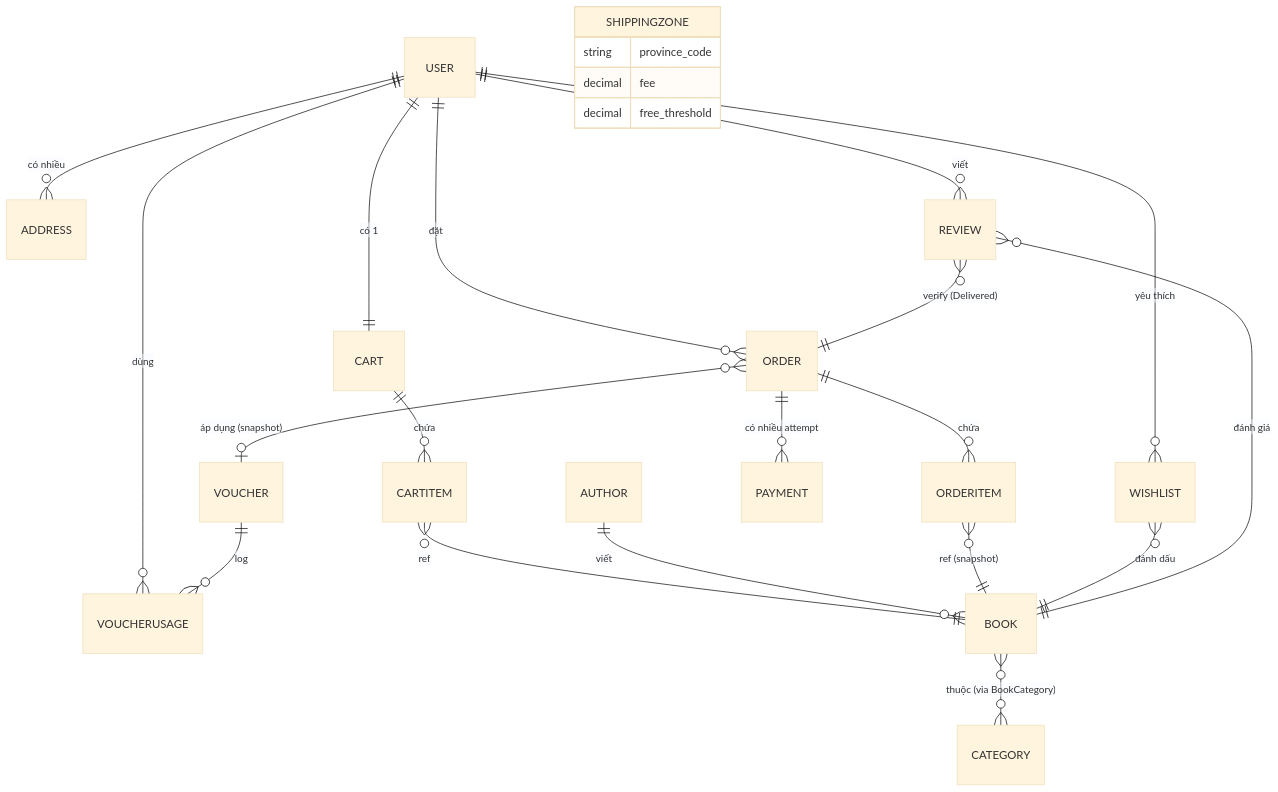
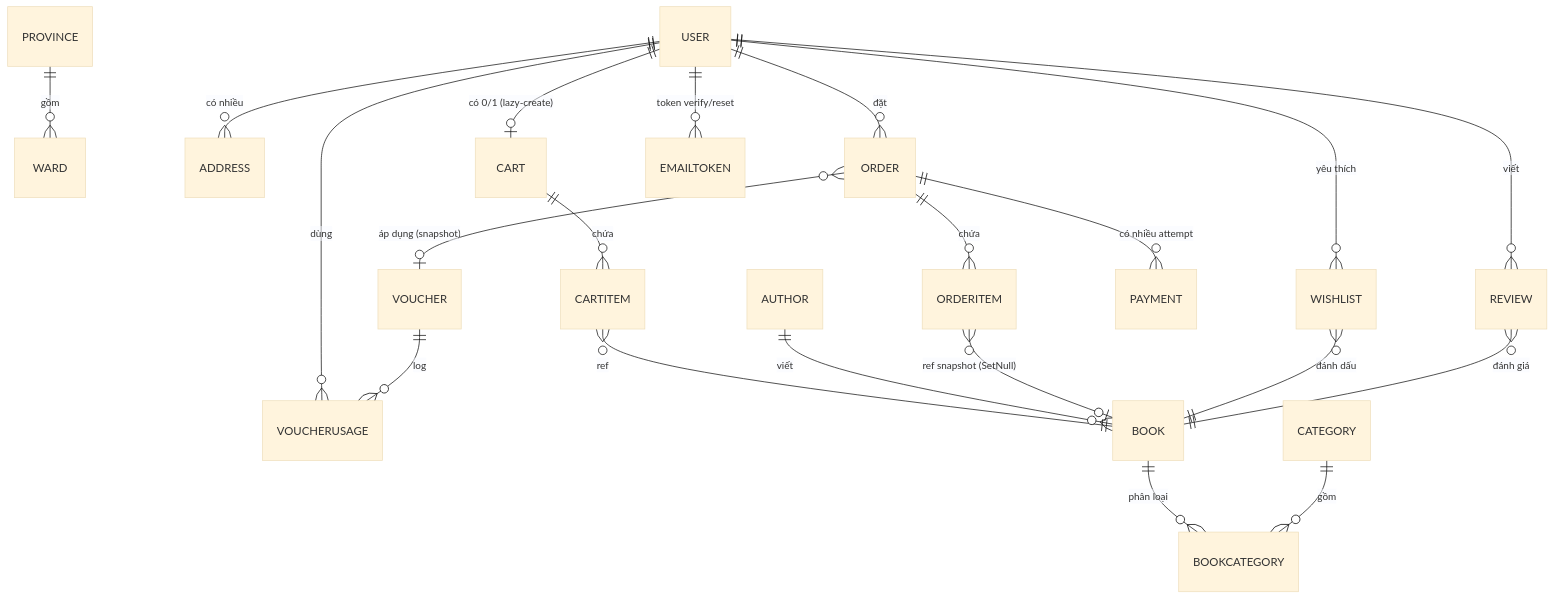
One commit to TranVanSang0608/BookStore changed the diagram in THIET-KE.md. Above: the diagram before and after it, drawn with Mermaid (base theme). The commit also changed other lines of this file and 11 other files, not shown here.

````diff
--- a/THIET-KE.md
+++ b/THIET-KE.md
@@ -201,32 +210,36 @@
 ```mermaid
 erDiagram
+    PROVINCE ||--o{ WARD : "gồm"
+
     USER ||--o{ ADDRESS : "có nhiều"
-    USER ||--|| CART : "có 1"
+    USER ||--o| CART : "có 0/1 (lazy-create)"
     USER ||--o{ ORDER : "đặt"
     USER ||--o{ WISHLIST : "yêu thích"
     USER ||--o{ REVIEW : "viết"
     USER ||--o{ VOUCHERUSAGE : "dùng"
+    USER ||--o{ EMAILTOKEN : "token verify/reset"
 
     CART ||--o{ CARTITEM : "chứa"
     CARTITEM }o--|| BOOK : "ref"
 
     AUTHOR ||--o{ BOOK : "viết"
-    BOOK }o--o{ CATEGORY : "thuộc (via BookCategory)"
+    BOOK ||--o{ BOOKCATEGORY : "phân loại"
+    CATEGORY ||--o{ BOOKCATEGORY : "gồm"
 
     ORDER ||--o{ ORDERITEM : "chứa"
-    ORDERITEM }o--|| BOOK : "ref (snapshot)"
+    ORDERITEM }o--o| BOOK : "ref snapshot (SetNull)"
     ORDER ||--o{ PAYMENT : "có nhiều attempt"
     ORDER }o--o| VOUCHER : "áp dụng (snapshot)"
 
     VOUCHER ||--o{ VOUCHERUSAGE : "log"
 
     WISHLIST }o--|| BOOK : "đánh dấu"
     REVIEW }o--|| BOOK : "đánh giá"
-    REVIEW }o--|| ORDER : "verify (Delivered)"
 
-    SHIPPINGZONE {
-        string province_code
-        decimal fee
-        decimal free_threshold
-    }
+    %% ĐỨNG RIÊNG (không FK): SHIPPINGZONE, SHIPPINGCONFIG, SITESETTING — bảng cấu hình.
+    %% Quan hệ "ẩn" cố ý KHÔNG dùng FK (xem bảng ghi chú ở SO-DO-BAO-CAO.md mục 2):
+    %%  - ADDRESS/SHIPPINGZONE lưu province_code/ward_code dạng string, KHÔNG FK tới PROVINCE/WARD
+    %%  - ORDER snapshot địa chỉ, KHÔNG FK tới ADDRESS
+    %%  - VOUCHERUSAGE.order_id là Int thường, KHÔNG FK tới ORDER
+    %%  - REVIEW KHÔNG có FK ORDER — verify "đã mua" bằng query lúc tạo (D58)
 ```
````
